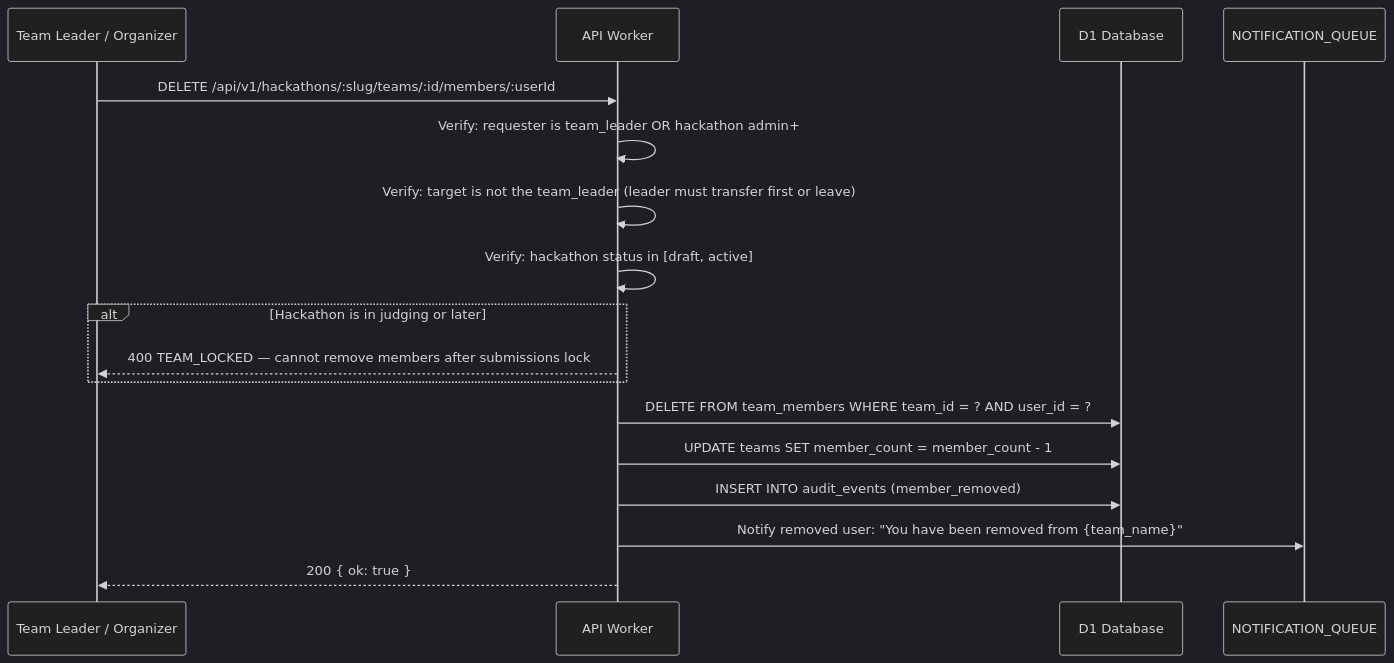
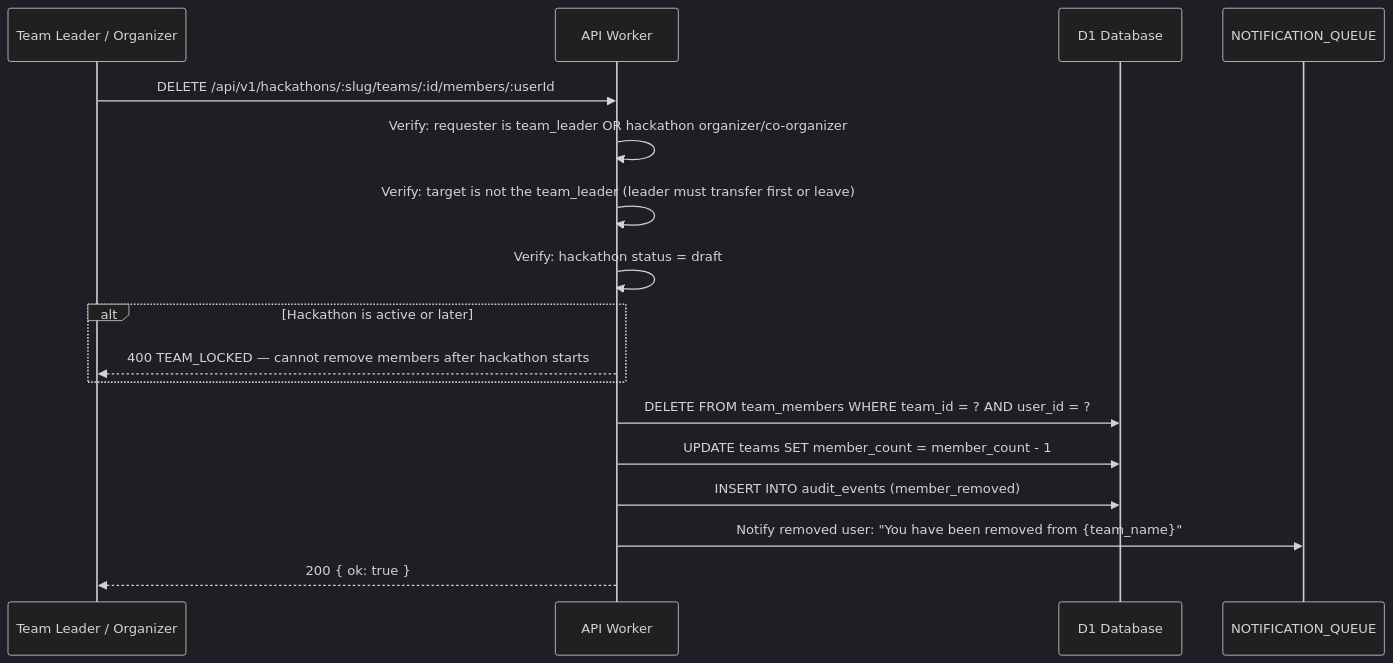
Before and after one commit to devangshupandey2025-stack/DevSage: the ninth of 11 diagrams in docs/v3/planned/team-management.md, drawn with Mermaid (dark theme). The commit also changed other lines of this file and 3 other files, not shown here.

First line of the commit message:
docs(core): verify and fix architecture, auth, lifecycle, and team docs

````diff
--- a/docs/v3/planned/team-management.md
+++ b/docs/v3/planned/team-management.md
@@ -342,22 +343,22 @@
 ```mermaid
 sequenceDiagram
     participant L as Team Leader / Organizer
     participant W as API Worker
     participant D1 as D1 Database
     participant Q as NOTIFICATION_QUEUE
 
     L->>W: DELETE /api/v1/hackathons/:slug/teams/:id/members/:userId
-    W->>W: Verify: requester is team_leader OR hackathon admin+
+    W->>W: Verify: requester is team_leader OR hackathon organizer/co-organizer
     W->>W: Verify: target is not the team_leader (leader must transfer first or leave)
-    W->>W: Verify: hackathon status in [draft, active]
+    W->>W: Verify: hackathon status = draft
 
-    alt Hackathon is in judging or later
-        W-->>L: 400 TEAM_LOCKED — cannot remove members after submissions lock
+    alt Hackathon is active or later
+        W-->>L: 400 TEAM_LOCKED — cannot remove members after hackathon starts
     end
 
     W->>D1: DELETE FROM team_members WHERE team_id = ? AND user_id = ?
     W->>D1: UPDATE teams SET member_count = member_count - 1
     W->>D1: INSERT INTO audit_events (member_removed)
     W->>Q: Notify removed user: "You have been removed from {team_name}"
     W-->>L: 200 { ok: true }
 ```
````
